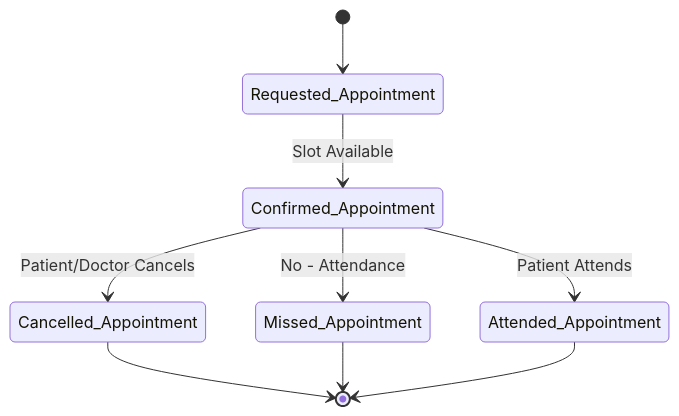
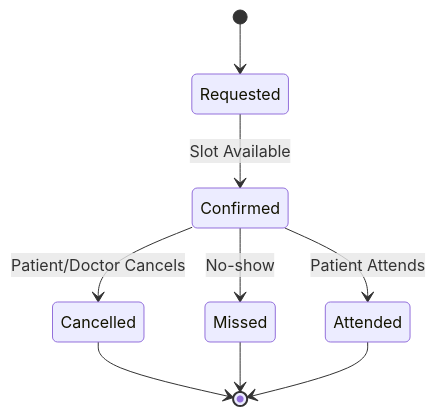
Before and after one commit to glory-kasongo-03/Doctor_appointment_booking_system: the third of 8 diagrams in State Transition Diagrams.md, drawn with Mermaid. The commit also changed other lines of this file, not shown here.

Commit message:
Update State Transition Diagrams.md

````diff
--- a/State Transition Diagrams.md
+++ b/State Transition Diagrams.md
@@ -29,12 +27,11 @@
 ```mermaid
 stateDiagram-v2
-    %% Initial state
-    [*] --> Requested_Appointment
-    Requested_Appointment --> Confirmed_Appointment : Slot Available
-    Confirmed_Appointment --> Attended_Appointment : Patient Attends
-    Confirmed_Appointment --> Missed_Appointment : No - Attendance
-    Confirmed_Appointment --> Cancelled_Appointment : Patient/Doctor Cancels
-    Cancelled_Appointment --> [*]
-    Missed_Appointment --> [*]
-    Attended_Appointment --> [*]
+    [*] --> Requested
+    Requested --> Confirmed : Slot Available
+    Confirmed --> Attended : Patient Attends
+    Confirmed --> Missed : No-show
+    Confirmed --> Cancelled : Patient/Doctor Cancels
+    Cancelled --> [*]
+    Missed --> [*]
+    Attended --> [*]
 ```
````
